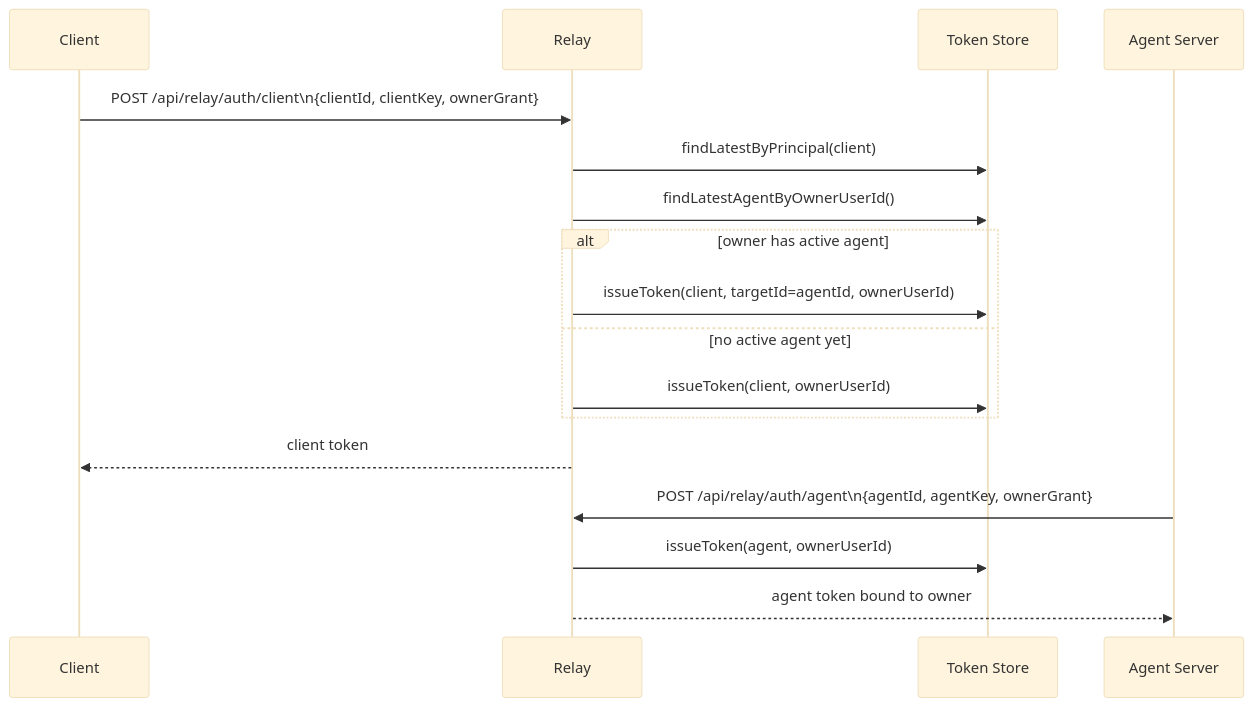
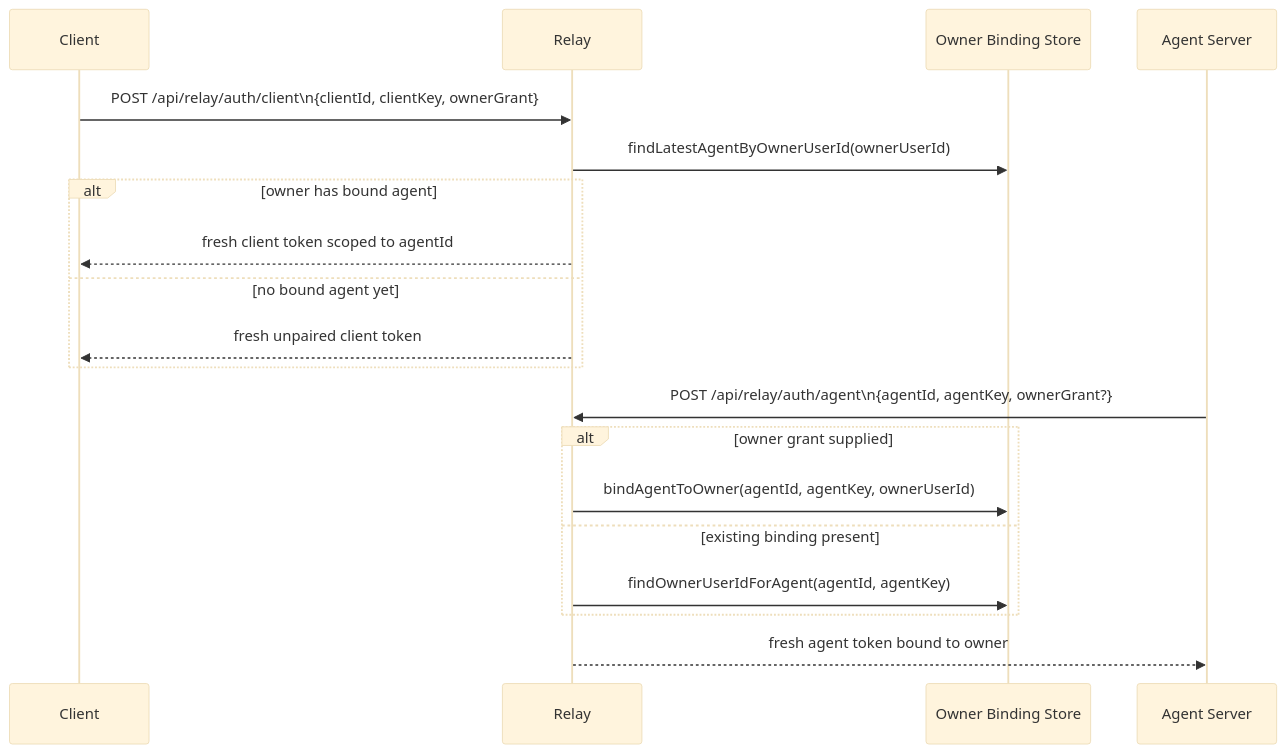
Before and after one commit to MuzzammilRafiq/apreal: the diagram in docs/relay-server-architecture/02-auth-and-pairing.md, drawn with Mermaid (base theme). The commit also changed other lines of this file and 17 other files, not shown here.

Commit message:
Simplify relay pairing around OAuth owner identity

````diff
--- a/docs/relay-server-architecture/02-auth-and-pairing.md
+++ b/docs/relay-server-architecture/02-auth-and-pairing.md
@@ -118,21 +120,23 @@
 ```mermaid
 sequenceDiagram
     participant C as Client
     participant R as Relay
-    participant S as Token Store
+    participant B as Owner Binding Store
     participant A as Agent Server
 
     C->>R: POST /api/relay/auth/client\n{clientId, clientKey, ownerGrant}
-    R->>S: findLatestByPrincipal(client)
-    R->>S: findLatestAgentByOwnerUserId()
-    alt owner has active agent
-        R->>S: issueToken(client, targetId=agentId, ownerUserId)
-    else no active agent yet
-        R->>S: issueToken(client, ownerUserId)
+    R->>B: findLatestAgentByOwnerUserId(ownerUserId)
+    alt owner has bound agent
+        R-->>C: fresh client token scoped to agentId
+    else no bound agent yet
+        R-->>C: fresh unpaired client token
     end
-    R-->>C: client token
 
-    A->>R: POST /api/relay/auth/agent\n{agentId, agentKey, ownerGrant}
-    R->>S: issueToken(agent, ownerUserId)
-    R-->>A: agent token bound to owner
+    A->>R: POST /api/relay/auth/agent\n{agentId, agentKey, ownerGrant?}
+    alt owner grant supplied
+        R->>B: bindAgentToOwner(agentId, agentKey, ownerUserId)
+    else existing binding present
+        R->>B: findOwnerUserIdForAgent(agentId, agentKey)
+    end
+    R-->>A: fresh agent token bound to owner
 ```
````
